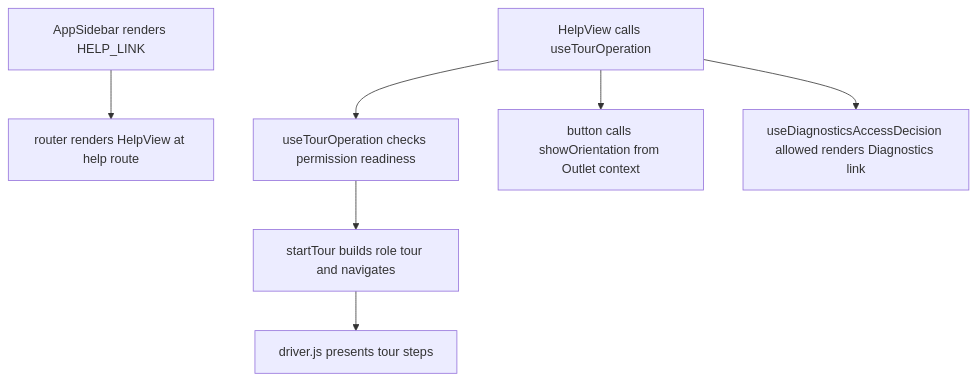
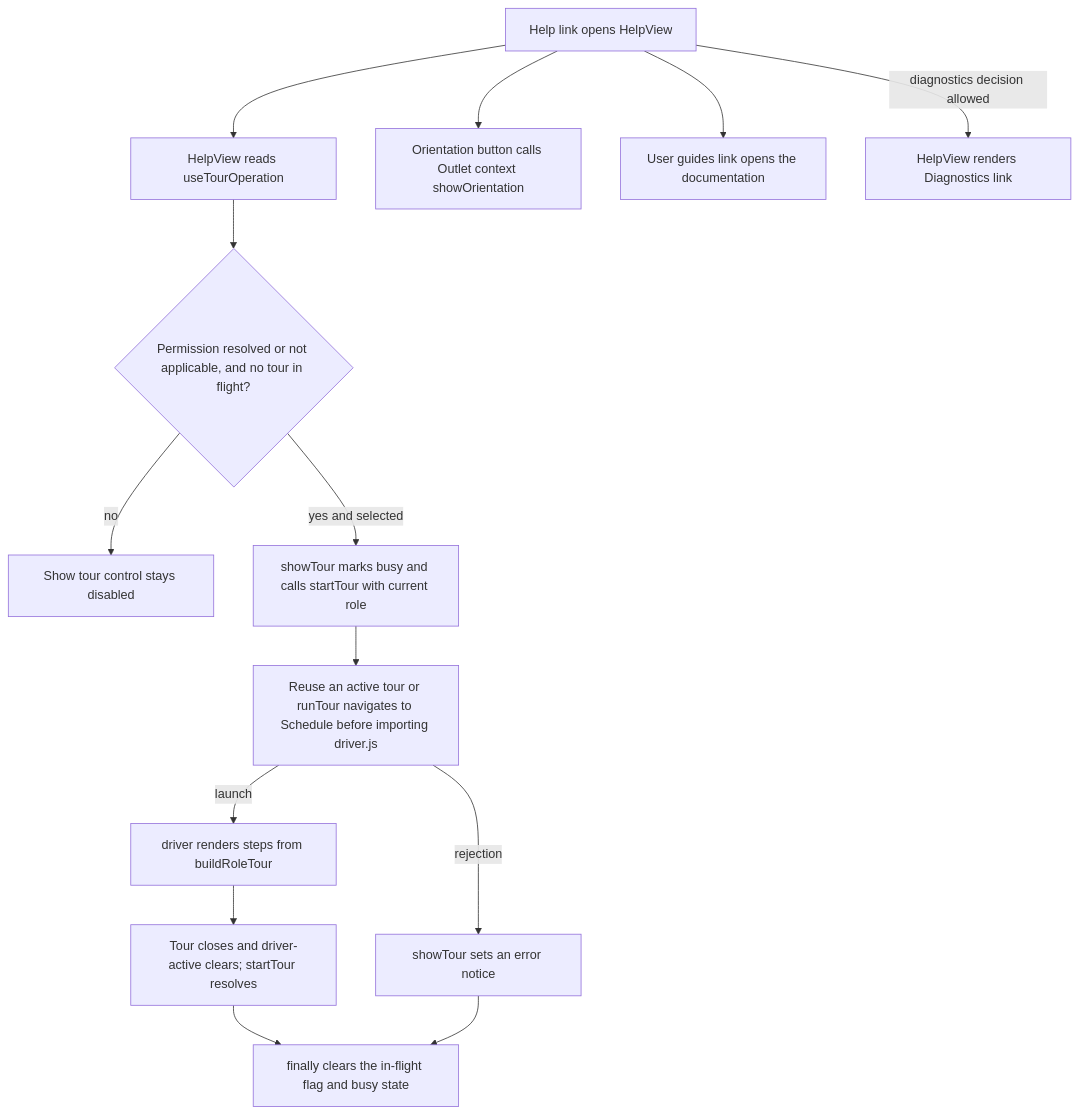
Before and after one commit to Kevinjohn/capacitylens: the second of 2 diagrams in user-stories/navigation/US-NAV-16-help-and-role-tour.md, drawn with Mermaid. The commit also changed other lines of this file and 172 other files, not shown here.

Commit message:
docs: reconcile user story code flows with source

````diff
--- a/user-stories/navigation/US-NAV-16-help-and-role-tour.md
+++ b/user-stories/navigation/US-NAV-16-help-and-role-tour.md
@@ -42,9 +42,16 @@
 ```mermaid
 flowchart TD
-  nav["AppSidebar renders HELP_LINK"] --> route["router renders HelpView at help route"]
-  help["HelpView calls useTourOperation"] --> action["useTourOperation checks permission readiness"]
-  action --> start["startTour builds role tour and navigates"]
-  start --> guide["driver.js presents tour steps"]
-  help --> orient["button calls showOrientation from Outlet context"]
-  help --> diag["useDiagnosticsAccessDecision allowed renders Diagnostics link"]
+  route["Help link opens HelpView"] --> tour["HelpView reads useTourOperation"]
+  tour --> availability{"Permission resolved or not applicable, and no tour in flight?"}
+  availability -->|no| disabled["Show tour control stays disabled"]
+  availability -->|yes and selected| start["showTour marks busy and calls startTour with current role"]
+  start --> run["Reuse an active tour or runTour navigates to Schedule before importing driver.js"]
+  run -->|launch| driver["driver renders steps from buildRoleTour"]
+  driver --> destroyed["Tour closes and driver-active clears; startTour resolves"]
+  run -->|rejection| notice["showTour sets an error notice"]
+  destroyed --> release["finally clears the in-flight flag and busy state"]
+  notice --> release
+  route --> orientation["Orientation button calls Outlet context showOrientation"]
+  route --> guides["User guides link opens the documentation"]
+  route -->|diagnostics decision allowed| diag["HelpView renders Diagnostics link"]
 ```
````
